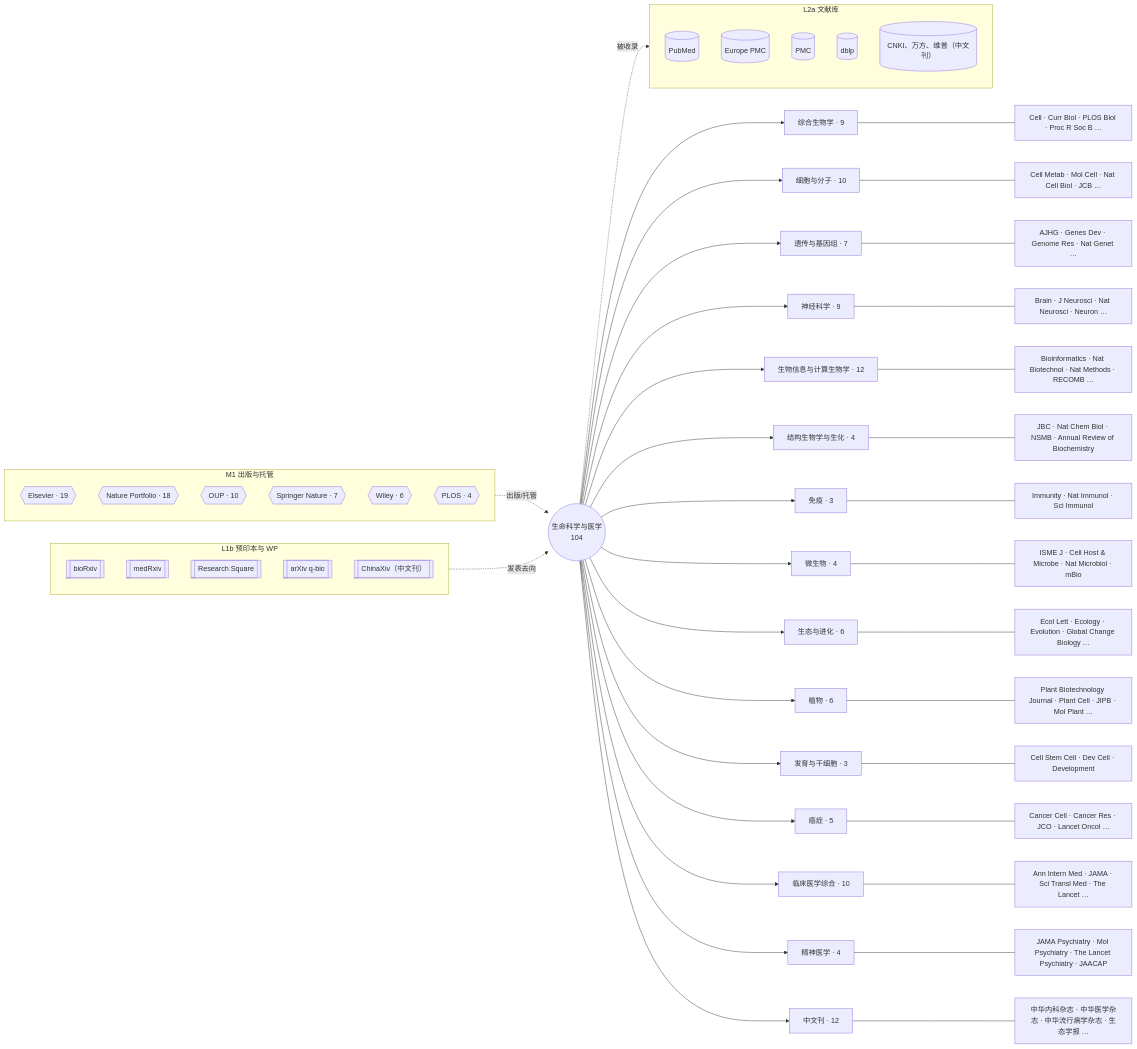
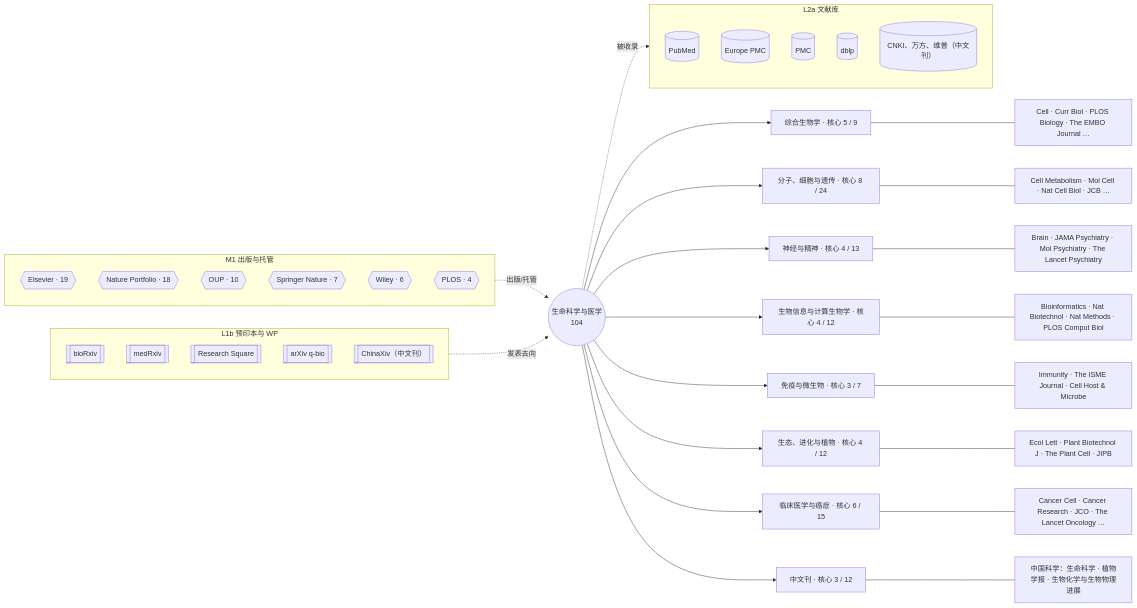
One commit to yhyfhgs/Confluo changed the diagram in docs/catalog/venues/life-sciences-medicine.md. Above: the diagram before and after it, drawn with Mermaid. The commit also changed other lines of this file and 21 other files, not shown here.

````diff
--- a/docs/catalog/venues/life-sciences-medicine.md
+++ b/docs/catalog/venues/life-sciences-medicine.md
@@ -14,59 +14,45 @@
 ```mermaid
 flowchart LR
   D(("生命科学与医学<br/>104"))
-  D --> S0["综合生物学 · 9"]
-  S0 --- V0["Cell · Curr Biol · PLOS Biol · Proc R Soc B …"]
-  D --> S1["细胞与分子 · 10"]
-  S1 --- V1["Cell Metab · Mol Cell · Nat Cell Biol · JCB …"]
-  D --> S2["遗传与基因组 · 7"]
-  S2 --- V2["AJHG · Genes Dev · Genome Res · Nat Genet …"]
-  D --> S3["神经科学 · 9"]
-  S3 --- V3["Brain · J Neurosci · Nat Neurosci · Neuron …"]
-  D --> S4["生物信息与计算生物学 · 12"]
-  S4 --- V4["Bioinformatics · Nat Biotechnol · Nat Methods · RECOMB …"]
-  D --> S5["结构生物学与生化 · 4"]
-  S5 --- V5["JBC · Nat Chem Biol · NSMB · Annual Review of Biochemistry"]
-  D --> S6["免疫 · 3"]
-  S6 --- V6["Immunity · Nat Immunol · Sci Immunol"]
-  D --> S7["微生物 · 4"]
-  S7 --- V7["ISME J · Cell Host & Microbe · Nat Microbiol · mBio"]
-  D --> S8["生态与进化 · 6"]
-  S8 --- V8["Ecol Lett · Ecology · Evolution · Global Change Biology …"]
-  D --> S9["植物 · 6"]
-  S9 --- V9["Plant Biotechnology Journal · Plant Cell · JIPB · Mol Plant …"]
-  D --> S10["发育与干细胞 · 3"]
-  S10 --- V10["Cell Stem Cell · Dev Cell · Development"]
-  D --> S11["癌症 · 5"]
-  S11 --- V11["Cancer Cell · Cancer Res · JCO · Lancet Oncol …"]
-  D --> S12["临床医学综合 · 10"]
-  S12 --- V12["Ann Intern Med · JAMA · Sci Transl Med · The Lancet …"]
-  D --> S13["精神医学 · 4"]
-  S13 --- V13["JAMA Psychiatry · Mol Psychiatry · The Lancet Psychiatry · JAACAP"]
-  D --> SCN["中文刊 · 12"]
-  SCN --- VCN["中华内科杂志 · 中华医学杂志 · 中华流行病学杂志 · 生态学报 …"]
+  D --> S0["综合生物学 · 核心 5 / 9"]
+  S0 --- V0["Cell · Curr Biol · PLOS Biology · The EMBO Journal …"]
+  D --> S1["分子、细胞与遗传 · 核心 8 / 24"]
+  S1 --- V1["Cell Metabolism · Mol Cell · Nat Cell Biol · JCB …"]
+  D --> S2["神经与精神 · 核心 4 / 13"]
+  S2 --- V2["Brain · JAMA Psychiatry · Mol Psychiatry · The Lancet Psychiatry"]
+  D --> S3["生物信息与计算生物学 · 核心 4 / 12"]
+  S3 --- V3["Bioinformatics · Nat Biotechnol · Nat Methods · PLOS Comput Biol"]
+  D --> S4["免疫与微生物 · 核心 3 / 7"]
+  S4 --- V4["Immunity · The ISME Journal · Cell Host & Microbe"]
+  D --> S5["生态、进化与植物 · 核心 4 / 12"]
+  S5 --- V5["Ecol Lett · Plant Biotechnol J · The Plant Cell · JIPB"]
+  D --> S6["临床医学与癌症 · 核心 6 / 15"]
+  S6 --- V6["Cancer Cell · Cancer Research · JCO · The Lancet Oncology …"]
+  D --> SCN["中文刊 · 核心 3 / 12"]
+  SCN --- VCN["中国科学：生命科学 · 植物学报 · 生物化学与生物物理进展"]
   subgraph M1["M1 出版与托管"]
     P0{{"Elsevier · 19"}}
     P1{{"Nature Portfolio · 18"}}
     P2{{"OUP · 10"}}
     P3{{"Springer Nature · 7"}}
     P4{{"Wiley · 6"}}
     P5{{"PLOS · 4"}}
   end
   M1 -. 出版/托管 .-> D
   subgraph L2A["L2a 文献库"]
     A0[("PubMed")]
     A1[("Europe PMC")]
     A2[("PMC")]
     A3[("dblp")]
     A4[("CNKI、万方、维普（中文刊）")]
   end
   D -. 被收录 .-> L2A
   subgraph L1B["L1b 预印本与 WP"]
     B0[["bioRxiv"]]
     B1[["medRxiv"]]
     B2[["Research Square"]]
     B3[["arXiv q-bio"]]
     B4[["ChinaXiv（中文刊）"]]
   end
   L1B -. 发表去向 .-> D
 ```
````
